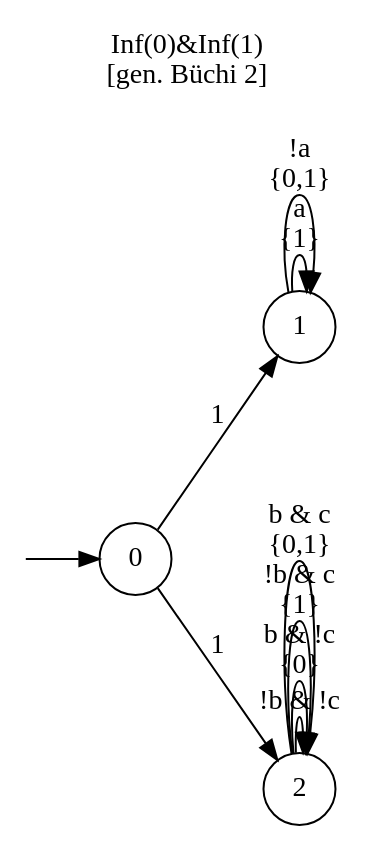
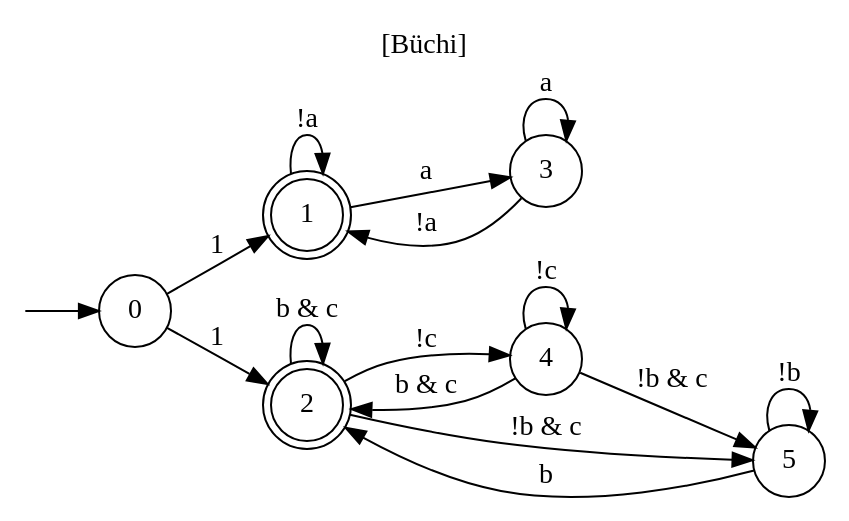
The diagram in simulation/aut.dot (NinaStJohn/Robotics_Research), drawn with Graphviz before and after one commit. The commit also changed 2 other files, not shown here.

```diff
--- a/simulation/aut.dot
+++ b/simulation/aut.dot
@@ -1,19 +1,28 @@
 digraph "" {
   rankdir=LR
-  label="Inf(0)&Inf(1)\n[gen. Büchi 2]"
+  label="[Büchi]"
   labelloc="t"
   node [shape="circle"]
   I [label="", style=invis, width=0]
   I -> 0
   0 [label="0"]
   0 -> 1 [label="1"]
   0 -> 2 [label="1"]
-  1 [label="1"]
-  1 -> 1 [label="a\n{1}"]
-  1 -> 1 [label="!a\n{0,1}"]
-  2 [label="2"]
-  2 -> 2 [label="!b & !c"]
-  2 -> 2 [label="b & !c\n{0}"]
-  2 -> 2 [label="!b & c\n{1}"]
-  2 -> 2 [label="b & c\n{0,1}"]
+  1 [label="1", peripheries=2]
+  1 -> 1 [label="!a"]
+  1 -> 3 [label="a"]
+  2 [label="2", peripheries=2]
+  2 -> 2 [label="b & c"]
+  2 -> 4 [label="!c"]
+  2 -> 5 [label="!b & c"]
+  3 [label="3"]
+  3 -> 1 [label="!a"]
+  3 -> 3 [label="a"]
+  4 [label="4"]
+  4 -> 2 [label="b & c"]
+  4 -> 4 [label="!c"]
+  4 -> 5 [label="!b & c"]
+  5 [label="5"]
+  5 -> 2 [label="b"]
+  5 -> 5 [label="!b"]
 }
```
